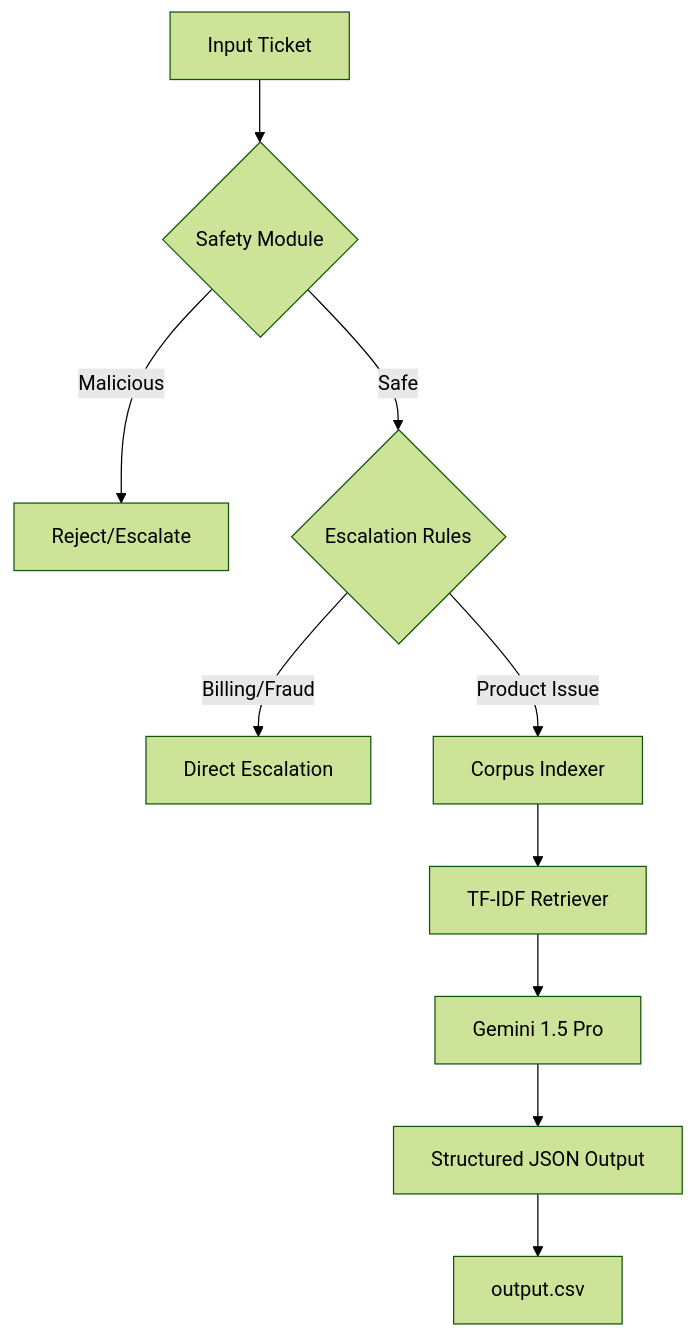
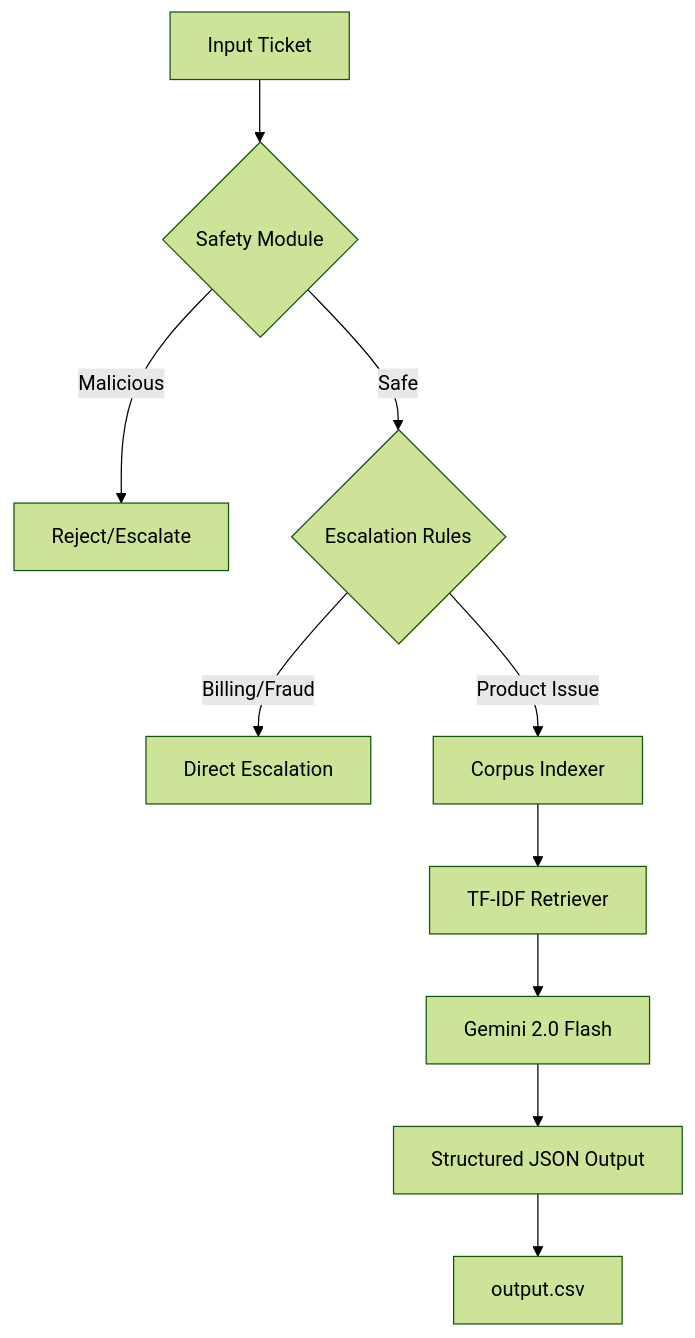
Before and after one commit to rohanjain1648/hackerrank_orchestrate: the diagram in README.md, drawn with Mermaid (forest theme). The commit also changed other lines of this file, not shown here.

````diff
--- a/README.md
+++ b/README.md
@@ -54,12 +24,12 @@
 ```mermaid
 graph TD
     A[Input Ticket] --> B{Safety Module}
     B -- Malicious --> C[Reject/Escalate]
     B -- Safe --> D{Escalation Rules}
     D -- Billing/Fraud --> E[Direct Escalation]
     D -- Product Issue --> F[Corpus Indexer]
     F --> G[TF-IDF Retriever]
-    G --> H[Gemini 1.5 Pro]
+    G --> H[Gemini 2.0 Flash]
     H --> I[Structured JSON Output]
     I --> J[output.csv]
 ```
````
